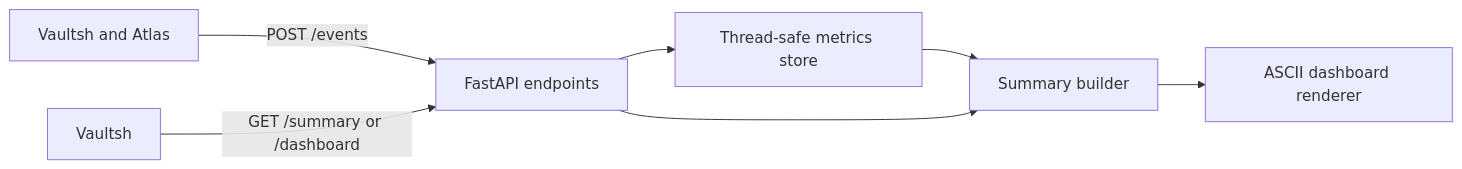
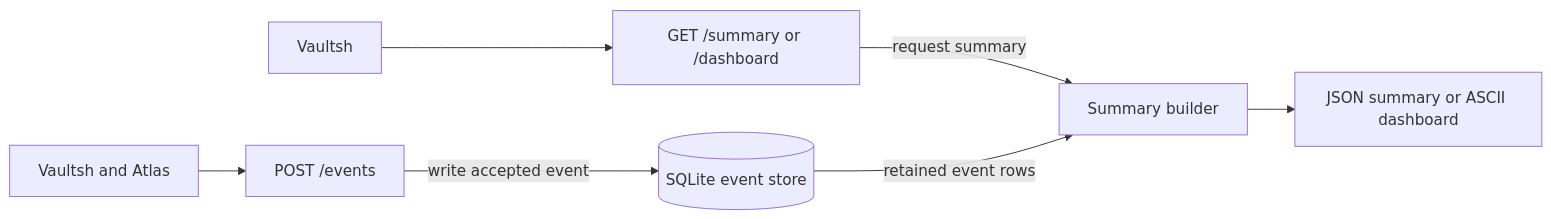
One commit to mateoRc/lab changed the diagram in content/docs/architecture/forge.md. Above: the diagram before and after it, drawn with Mermaid. The commit also changed other lines of this file and 8 other files, not shown here.

````diff
--- a/content/docs/architecture/forge.md
+++ b/content/docs/architecture/forge.md
@@ -8,15 +8,15 @@
 ```mermaid
 flowchart LR
     producers["Vaultsh and Atlas"]
-    api["FastAPI endpoints"]
-    metrics["Thread-safe metrics store"]
+    ingest["POST /events"]
+    query["GET /summary or /dashboard"]
+    storage[("SQLite event store")]
     summary["Summary builder"]
-    dashboard["ASCII dashboard renderer"]
+    output["JSON summary or ASCII dashboard"]
     vaultsh["Vaultsh"]
 
-    producers -->|"POST /events"| api --> metrics
-    metrics --> summary
-    vaultsh -->|"GET /summary or /dashboard"| api
-    api --> summary
-    summary --> dashboard
+    producers --> ingest -->|"write accepted event"| storage
+    vaultsh --> query -->|"request summary"| summary
+    storage -->|"retained event rows"| summary
+    summary --> output
 ```
````
